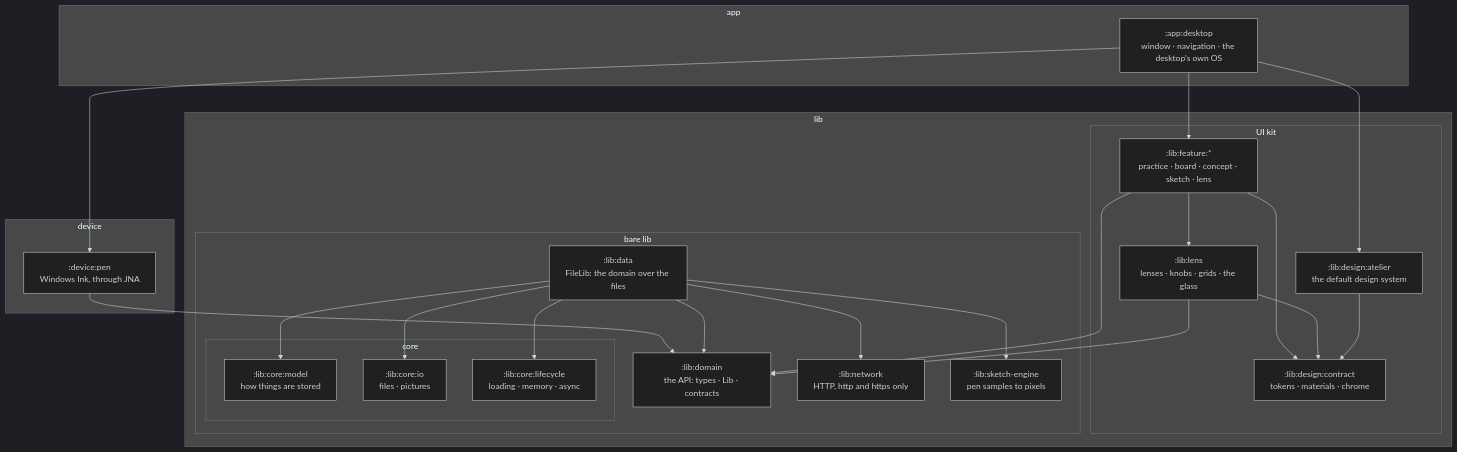
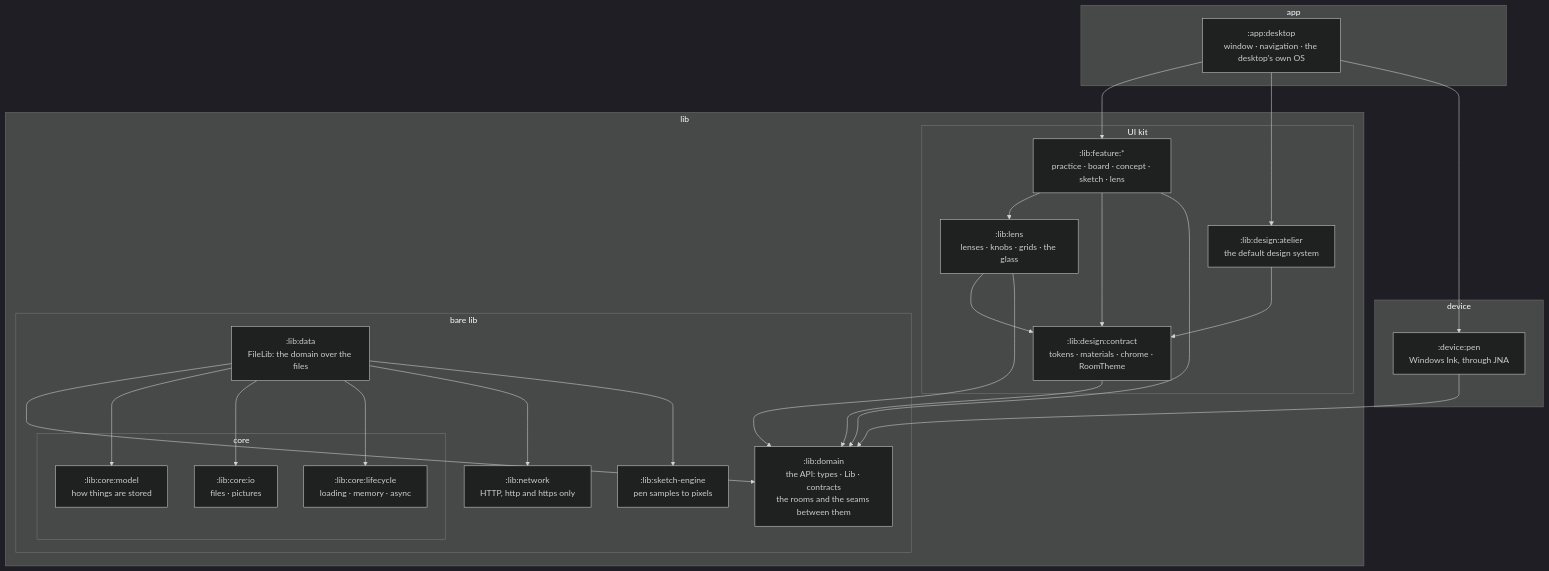
One commit to cwellm/ActionDraw changed the first of 2 diagrams in docs/Architecture.md. Above: the diagram before and after it, drawn with Mermaid (dark theme). The commit also changed other lines of this file and 71 other files, not shown here.

````diff
--- a/docs/Architecture.md
+++ b/docs/Architecture.md
@@ -18,44 +18,45 @@
 ```mermaid
 flowchart TB
   subgraph APP["app"]
     desktop[":app:desktop<br/>window · navigation · the desktop's own OS"]
   end
   subgraph DEVICE["device"]
     pen[":device:pen<br/>Windows Ink, through JNA"]
   end
   subgraph LIB["lib"]
     subgraph UI["UI kit"]
       features[":lib:feature:*<br/>practice · board · concept · sketch · lens"]
       lens[":lib:lens<br/>lenses · knobs · grids · the glass"]
       atelier[":lib:design:atelier<br/>the default design system"]
-      contract[":lib:design:contract<br/>tokens · materials · chrome"]
+      contract[":lib:design:contract<br/>tokens · materials · chrome · RoomTheme"]
     end
     subgraph BARE["bare lib"]
       data[":lib:data<br/>FileLib: the domain over the files"]
-      domain[":lib:domain<br/>the API: types · Lib · contracts"]
+      domain[":lib:domain<br/>the API: types · Lib · contracts<br/>the rooms and the seams between them"]
       network[":lib:network<br/>HTTP, http and https only"]
       engine[":lib:sketch-engine<br/>pen samples to pixels"]
       subgraph CORE["core"]
         model[":lib:core:model<br/>how things are stored"]
         io[":lib:core:io<br/>files · pictures"]
         lifecycle[":lib:core:lifecycle<br/>loading · memory · async"]
       end
     end
   end
   desktop --> features
   desktop --> atelier
   desktop --> pen
   pen --> domain
   features --> lens
   features --> contract
   features --> domain
   lens --> contract
   lens --> domain
   atelier --> contract
+  contract --> domain
   data --> domain
   data --> model
   data --> io
   data --> lifecycle
   data --> network
   data --> engine
 ```
````
